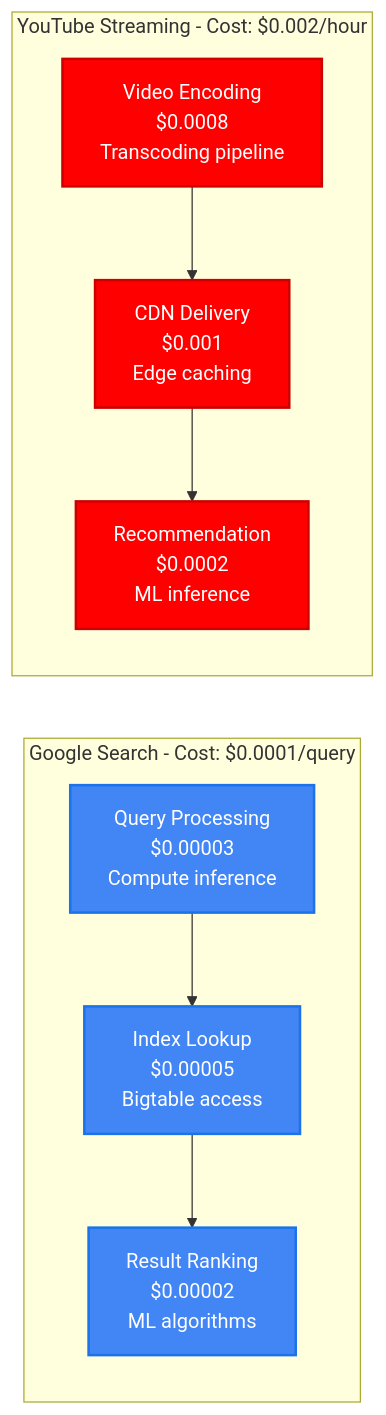
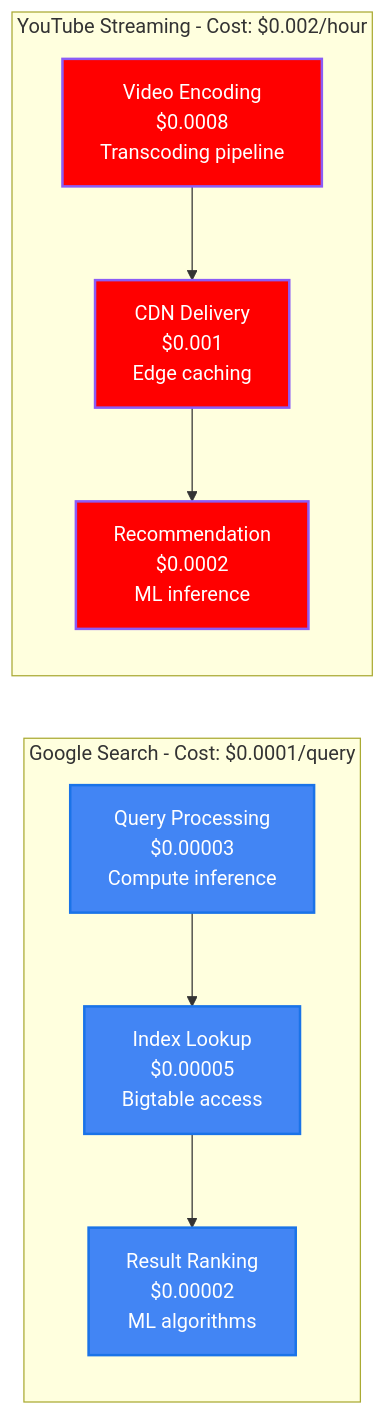
Before and after one commit to deepaucksharma/DS: the second of 7 diagrams in site/docs/costs/google-cloud-platform-infrastructure-breakdown.md, drawn with Mermaid. The commit also changed other lines of this file and 187 other files, not shown here.

````diff
--- a/site/docs/costs/google-cloud-platform-infrastructure-breakdown.md
+++ b/site/docs/costs/google-cloud-platform-infrastructure-breakdown.md
@@ -77,23 +77,23 @@
 ```mermaid
 graph LR
     subgraph Google_Search____Cost_0_0001_query[Google Search - Cost: $0.0001/query]
         A[Query Processing<br/>$0.00003<br/>Compute inference]
         B[Index Lookup<br/>$0.00005<br/>Bigtable access]
         C[Result Ranking<br/>$0.00002<br/>ML algorithms]
     end
 
     subgraph YouTube_Streaming____Cost_0_002_hour[YouTube Streaming - Cost: $0.002/hour]
         D[Video Encoding<br/>$0.0008<br/>Transcoding pipeline]
         E[CDN Delivery<br/>$0.001<br/>Edge caching]
         F[Recommendation<br/>$0.0002<br/>ML inference]
     end
 
     A --> B --> C
     D --> E --> F
 
     classDef searchStyle fill:#4285F4,stroke:#1a73e8,color:#fff,stroke-width:2px
-    classDef youtubeStyle fill:#FF0000,stroke:#CC0000,color:#fff,stroke-width:2px
+    classDef youtubeStyle fill:#FF0000,stroke:#8B5CF6,color:#fff,stroke-width:2px
 
     class A,B,C searchStyle
     class D,E,F youtubeStyle
 ```
````
